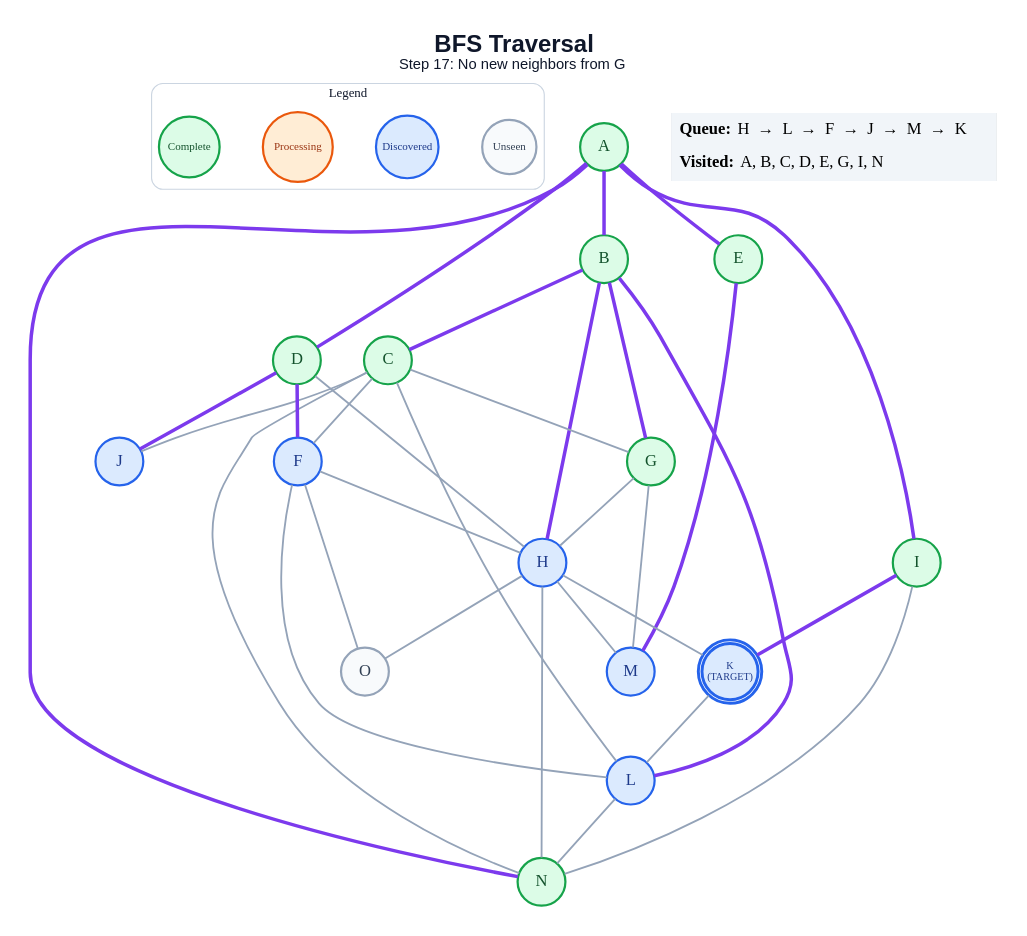
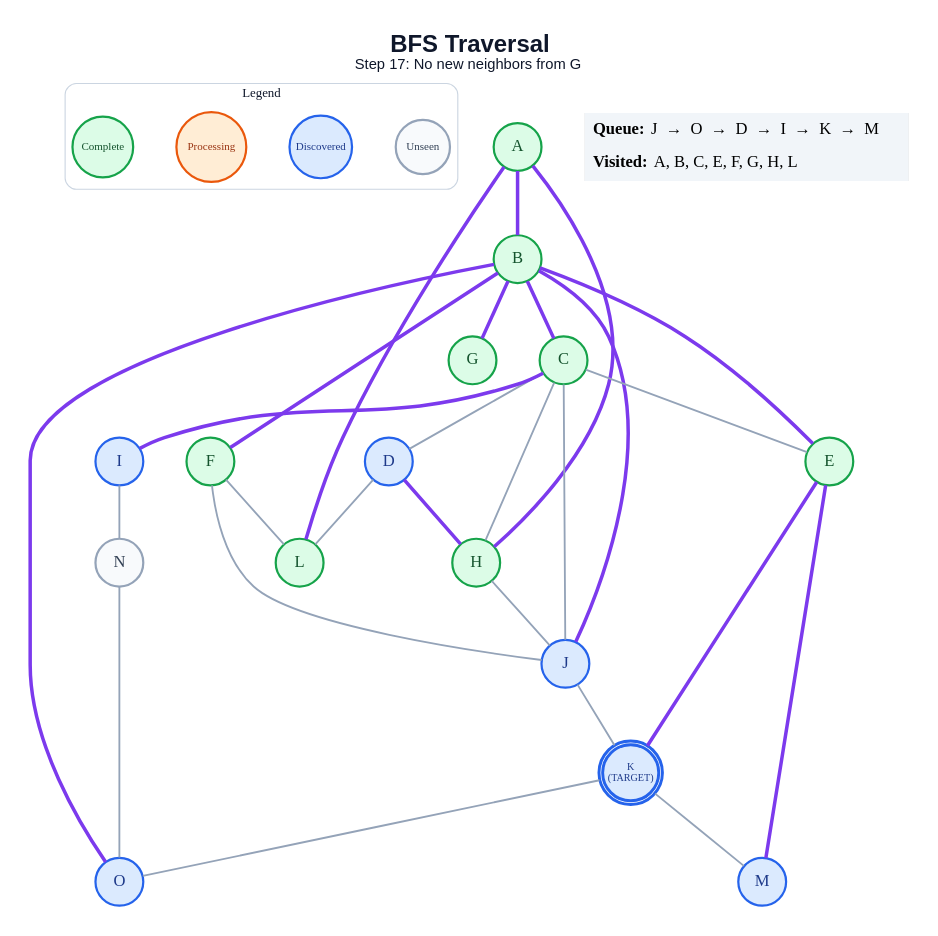
The diagram in generated/specific-node/bfs/step_17.dot (anon7238593-create/ai-slop), drawn with Graphviz before and after one commit. The commit also changed 291 other files, not shown here.

```diff
--- a/generated/specific-node/bfs/step_17.dot
+++ b/generated/specific-node/bfs/step_17.dot
@@ -1,65 +1,60 @@
 graph traversal {
   graph [layout=dot, rankdir=TB, bgcolor="#FFFFFF", pad="0.35", nodesep="0.65", ranksep="0.8", fontname="Arial"];
   node [shape=circle, style="filled", fontname="Arial Bold", fontsize=18, width=0.72, fixedsize=true, penwidth=2.4];
   edge [color="#94A3B8", penwidth=2.0];
   label=<<B>BFS Traversal</B><BR/><FONT POINT-SIZE="16">Step 17: No new neighbors from G</FONT>>; labelloc="t"; fontsize=26; fontname="Arial"; fontcolor="#0F172A";
   subgraph cluster_legend { label="Legend"; color="#CBD5E1"; penwidth=1.2; style="rounded"; fontsize=14; fontname="Arial Bold";
     key_unseen [label="Unseen", fillcolor="#F8FAFC", color="#94A3B8", fontcolor="#334155", fontsize=12, width=0.82];
     key_frontier [label="Discovered", fillcolor="#DBEAFE", color="#2563EB", fontcolor="#1E3A8A", fontsize=12, width=0.95];
     key_current [label="Processing", fillcolor="#FFEDD5", color="#EA580C", fontcolor="#9A3412", fontsize=12, width=1.05];
     key_done [label="Complete", fillcolor="#DCFCE7", color="#16A34A", fontcolor="#14532D", fontsize=12, width=0.92];
     { rank=same; key_unseen; key_frontier; key_current; key_done; }
   }
   A [label="A", fillcolor="#DCFCE7", color="#16A34A", fontcolor="#14532D", peripheries=1, penwidth=2.4];
   B [label="B", fillcolor="#DCFCE7", color="#16A34A", fontcolor="#14532D", peripheries=1, penwidth=2.4];
   C [label="C", fillcolor="#DCFCE7", color="#16A34A", fontcolor="#14532D", peripheries=1, penwidth=2.4];
-  D [label="D", fillcolor="#DCFCE7", color="#16A34A", fontcolor="#14532D", peripheries=1, penwidth=2.4];
+  D [label="D", fillcolor="#DBEAFE", color="#2563EB", fontcolor="#1E3A8A", peripheries=1, penwidth=2.4];
   E [label="E", fillcolor="#DCFCE7", color="#16A34A", fontcolor="#14532D", peripheries=1, penwidth=2.4];
-  F [label="F", fillcolor="#DBEAFE", color="#2563EB", fontcolor="#1E3A8A", peripheries=1, penwidth=2.4];
+  F [label="F", fillcolor="#DCFCE7", color="#16A34A", fontcolor="#14532D", peripheries=1, penwidth=2.4];
   G [label="G", fillcolor="#DCFCE7", color="#16A34A", fontcolor="#14532D", peripheries=1, penwidth=2.4];
-  H [label="H", fillcolor="#DBEAFE", color="#2563EB", fontcolor="#1E3A8A", peripheries=1, penwidth=2.4];
-  I [label="I", fillcolor="#DCFCE7", color="#16A34A", fontcolor="#14532D", peripheries=1, penwidth=2.4];
+  H [label="H", fillcolor="#DCFCE7", color="#16A34A", fontcolor="#14532D", peripheries=1, penwidth=2.4];
+  I [label="I", fillcolor="#DBEAFE", color="#2563EB", fontcolor="#1E3A8A", peripheries=1, penwidth=2.4];
   J [label="J", fillcolor="#DBEAFE", color="#2563EB", fontcolor="#1E3A8A", peripheries=1, penwidth=2.4];
   K [label="K\n(TARGET)", fillcolor="#DBEAFE", color="#2563EB", fontcolor="#1E3A8A", peripheries=2, penwidth=3.2, fontsize=11, width=0.85, height=0.85];
-  L [label="L", fillcolor="#DBEAFE", color="#2563EB", fontcolor="#1E3A8A", peripheries=1, penwidth=2.4];
+  L [label="L", fillcolor="#DCFCE7", color="#16A34A", fontcolor="#14532D", peripheries=1, penwidth=2.4];
   M [label="M", fillcolor="#DBEAFE", color="#2563EB", fontcolor="#1E3A8A", peripheries=1, penwidth=2.4];
-  N [label="N", fillcolor="#DCFCE7", color="#16A34A", fontcolor="#14532D", peripheries=1, penwidth=2.4];
-  O [label="O", fillcolor="#F8FAFC", color="#94A3B8", fontcolor="#334155", peripheries=1, penwidth=2.4];
+  N [label="N", fillcolor="#F8FAFC", color="#94A3B8", fontcolor="#334155", peripheries=1, penwidth=2.4];
+  O [label="O", fillcolor="#DBEAFE", color="#2563EB", fontcolor="#1E3A8A", peripheries=1, penwidth=2.4];
   A -- B [color="#7C3AED", penwidth=3.8];
-  A -- D [color="#7C3AED", penwidth=3.8];
-  A -- E [color="#7C3AED", penwidth=3.8];
-  A -- I [color="#7C3AED", penwidth=3.8];
-  A -- N [color="#7C3AED", penwidth=3.8];
+  A -- H [color="#7C3AED", penwidth=3.8];
+  A -- L [color="#7C3AED", penwidth=3.8];
   B -- C [color="#7C3AED", penwidth=3.8];
+  B -- E [color="#7C3AED", penwidth=3.8];
+  B -- F [color="#7C3AED", penwidth=3.8];
   B -- G [color="#7C3AED", penwidth=3.8];
-  B -- H [color="#7C3AED", penwidth=3.8];
-  B -- L [color="#7C3AED", penwidth=3.8];
-  C -- F;
-  C -- G;
+  B -- J [color="#7C3AED", penwidth=3.8];
+  B -- O [color="#7C3AED", penwidth=3.8];
+  C -- D;
+  C -- E;
+  C -- H;
+  C -- I [color="#7C3AED", penwidth=3.8];
   C -- J;
-  C -- L;
-  C -- N;
-  D -- F [color="#7C3AED", penwidth=3.8];
-  D -- H;
-  D -- J [color="#7C3AED", penwidth=3.8];
+  D -- H [color="#7C3AED", penwidth=3.8];
+  D -- L;
+  E -- K [color="#7C3AED", penwidth=3.8];
   E -- M [color="#7C3AED", penwidth=3.8];
-  F -- H;
+  F -- J;
   F -- L;
-  F -- O;
-  G -- H;
-  G -- M;
-  H -- K;
-  H -- M;
-  H -- N;
-  H -- O;
-  I -- K [color="#7C3AED", penwidth=3.8];
+  H -- J;
   I -- N;
-  K -- L;
-  L -- N;
+  J -- K;
+  K -- M;
+  K -- O;
+  N -- O;
   status [shape=plain, fixedsize=false, width=0, height=0, margin=0, label=<
     <TABLE BORDER="0" CELLBORDER="0" CELLPADDING="7" BGCOLOR="#F1F5F9">
-      <TR><TD ALIGN="LEFT"><B>Queue:</B> H  →  L  →  F  →  J  →  M  →  K</TD></TR>
-      <TR><TD ALIGN="LEFT"><B>Visited:</B> A, B, C, D, E, G, I, N</TD></TR>
+      <TR><TD ALIGN="LEFT"><B>Queue:</B> J  →  O  →  D  →  I  →  K  →  M</TD></TR>
+      <TR><TD ALIGN="LEFT"><B>Visited:</B> A, B, C, E, F, G, H, L</TD></TR>
     </TABLE>
   >];
 }
```
